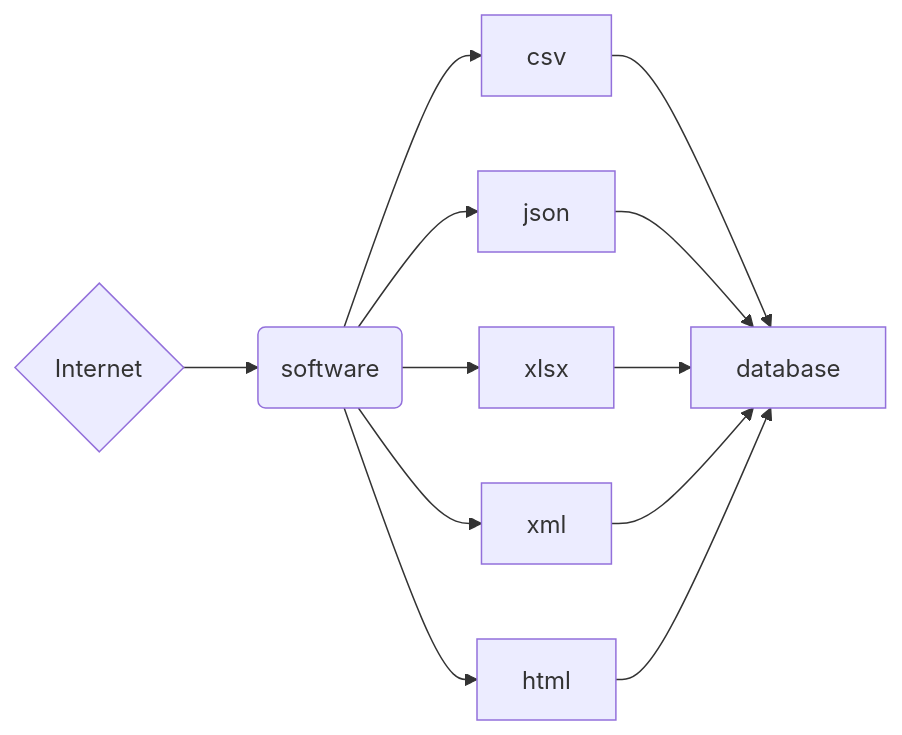
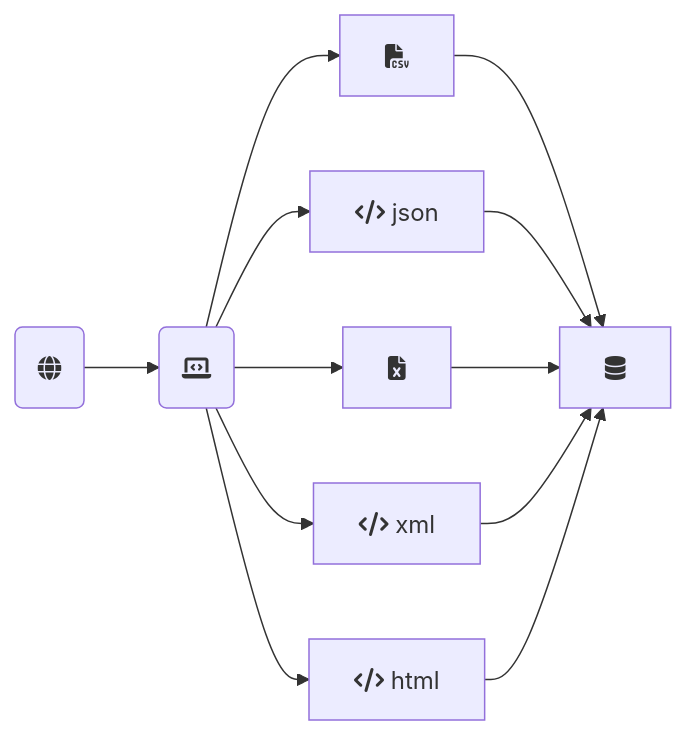
Before and after one commit to nextmarte/raspagemCid: the first of 2 diagrams in index.qmd, drawn with Mermaid. The commit also changed 33 other files, not shown here.

Commit message:
Update Quarto configuration and Mermaid theme

````diff
--- a/index.qmd
+++ b/index.qmd
@@ -17,26 +17,28 @@
 ```{mermaid}
+
 graph LR
-    A{Internet}
-    B(software)
-    C[database]
-    D[csv]
-    E[json]
-    F[xlsx]
-    G[xml]
-    H[html]
+    A("fa:fa-globe")
+    B("fa:fa-laptop-code")
+    C["fa:fa-database"]
+    D["fa:fa-file-csv"]
+    E["fa:fa-code json"]
+    F["fa:fa-file-excel"]
+    G["fa:fa-code xml"]
+    H["fa:fa-code html"]
     A --> B
     B --> D
     B --> E
     B --> F
     B --> G
     B --> H
     D --> C
     E --> C
     F --> C
     G --> C
     H --> C
 
 
 
 
+
 ```
````
